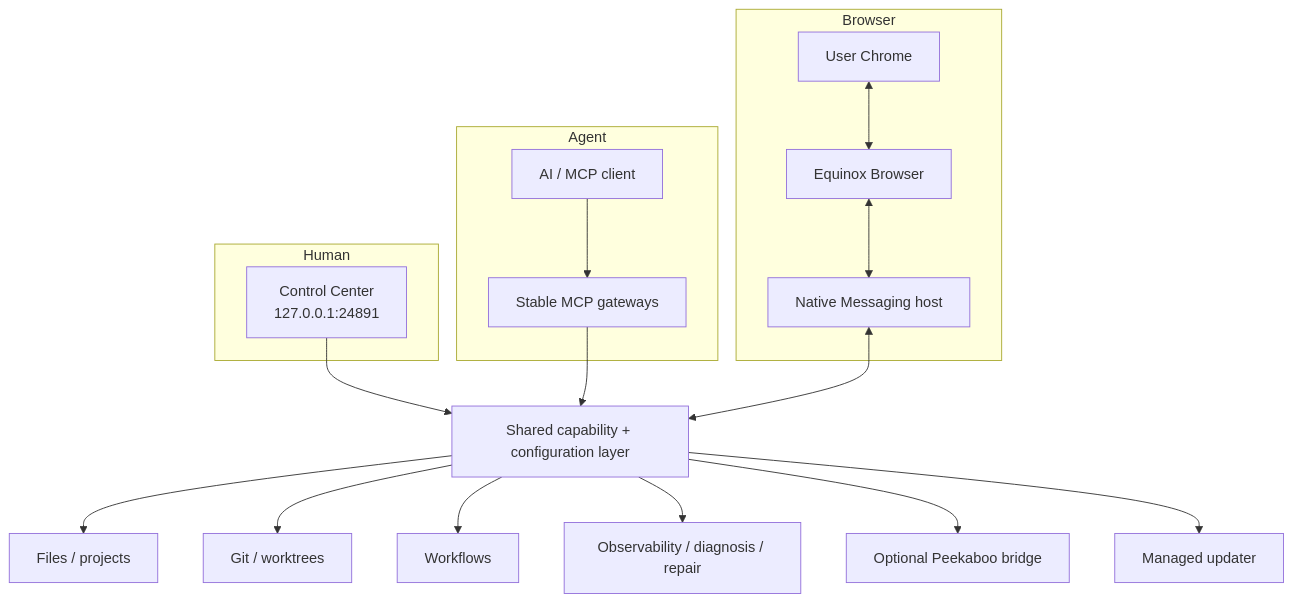
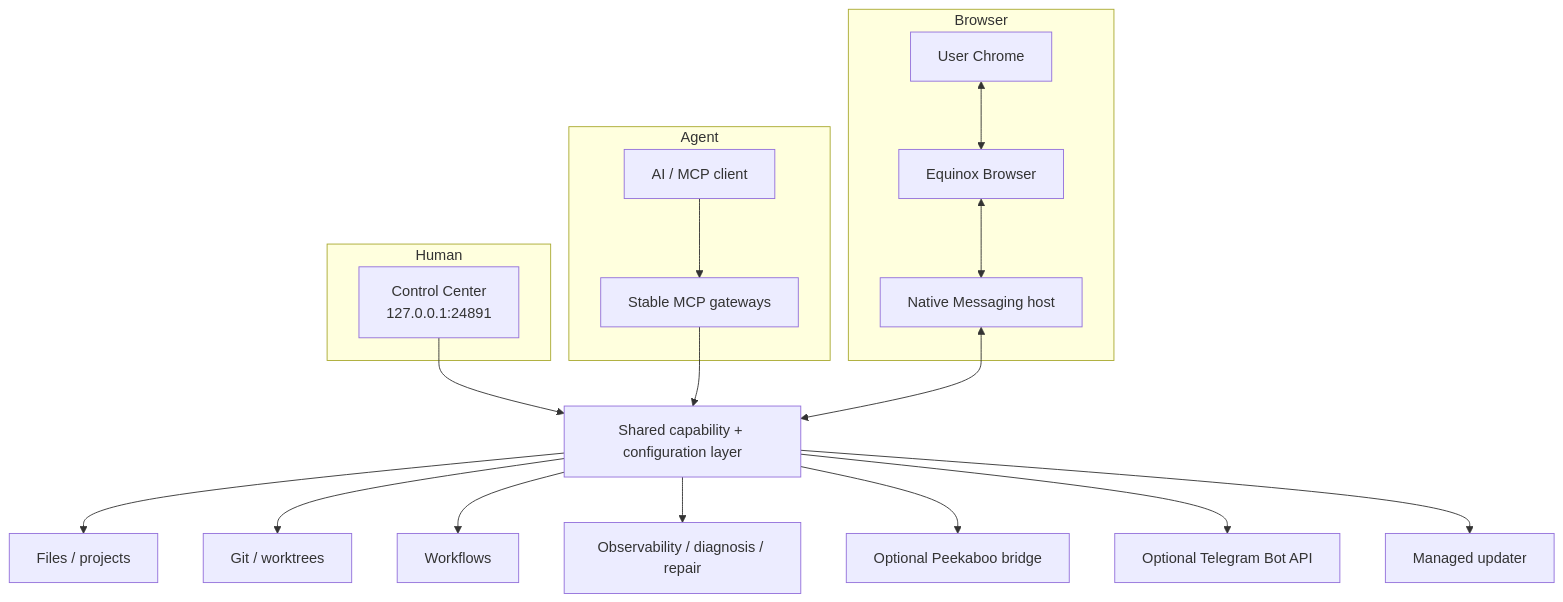
Before and after one commit to sametbasbug/equinox-local: the diagram in docs/architecture.md, drawn with Mermaid. The commit also changed other lines of this file and 13 other files, not shown here.

````diff
--- a/docs/architecture.md
+++ b/docs/architecture.md
@@ -7,30 +7,31 @@
 ```mermaid
 flowchart TB
     subgraph Human
       CC[Control Center\n127.0.0.1:24891]
     end
 
     subgraph Agent
       CLIENT[AI / MCP client]
       GW[Stable MCP gateways]
     end
 
     CC --> CORE[Shared capability + configuration layer]
     CLIENT --> GW --> CORE
 
     CORE --> FILES[Files / projects]
     CORE --> GIT[Git / worktrees]
     CORE --> WF[Workflows]
     CORE --> OBS[Observability / diagnosis / repair]
     CORE --> DESKTOP[Optional Peekaboo bridge]
+    CORE --> TELEGRAM[Optional Telegram Bot API]
 
     subgraph Browser
       CHROME[User Chrome]
       EXT[Equinox Browser]
       HOST[Native Messaging host]
       CHROME <--> EXT <--> HOST
     end
 
     HOST <--> CORE
     CORE --> UPDATER[Managed updater]
 ```
````
